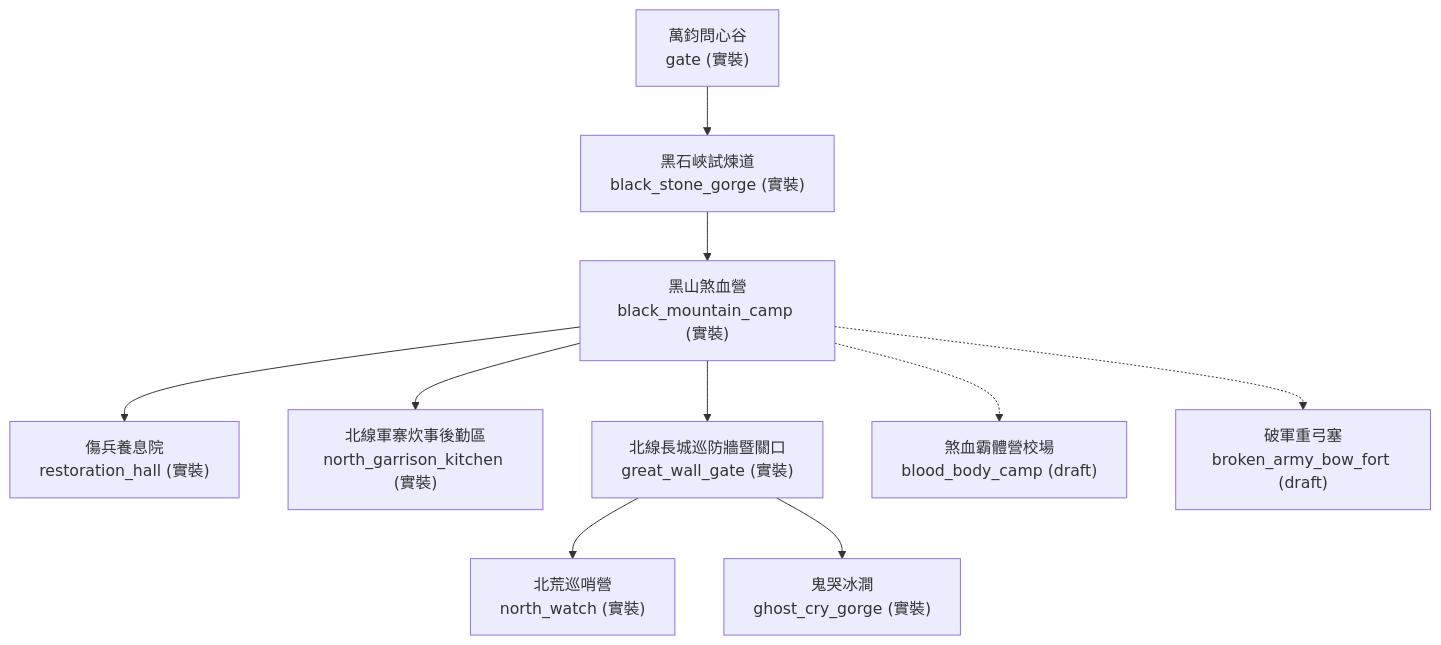
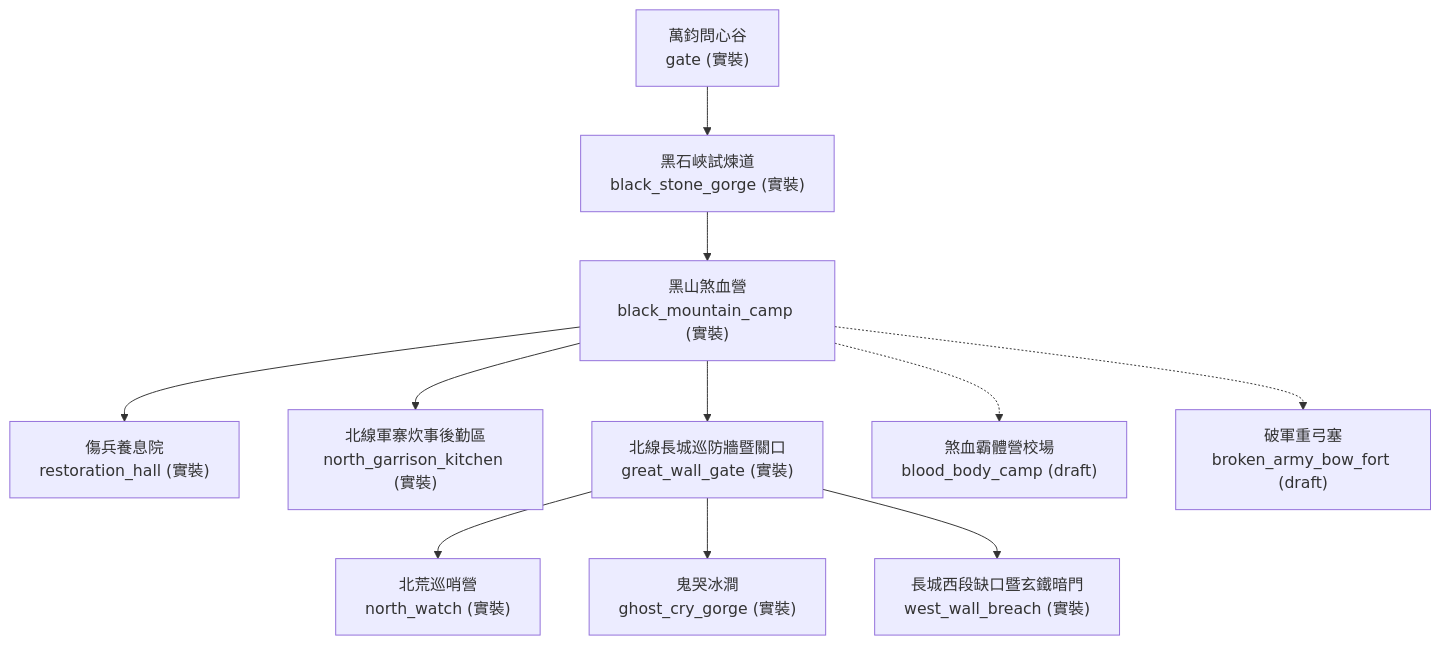
The diagram in forgotten-space/narrative/docs/maps/tier2/bahuang_map.md (wade-fs/mudscript), drawn with Mermaid before and after one commit. The commit also changed other lines of this file and 44 other files, not shown here.

````diff
--- a/forgotten-space/narrative/docs/maps/tier2/bahuang_map.md
+++ b/forgotten-space/narrative/docs/maps/tier2/bahuang_map.md
@@ -24,22 +25,23 @@
 ```mermaid
 flowchart TD
   gate["萬鈞問心谷<br/>gate (實裝)"]
   black_stone_gorge["黑石峽試煉道<br/>black_stone_gorge (實裝)"]
   black_mountain_camp["黑山煞血營<br/>black_mountain_camp (實裝)"]
   restoration_hall["傷兵養息院<br/>restoration_hall (實裝)"]
   north_garrison_kitchen["北線軍寨炊事後勤區<br/>north_garrison_kitchen (實裝)"]
   great_wall_gate["北線長城巡防牆暨關口<br/>great_wall_gate (實裝)"]
   north_watch["北荒巡哨營<br/>north_watch (實裝)"]
   ghost_cry_gorge["鬼哭冰澗<br/>ghost_cry_gorge (實裝)"]
   blood_body_camp["煞血霸體營校場<br/>blood_body_camp (draft)"]
   broken_army_bow_fort["破軍重弓塞<br/>broken_army_bow_fort (draft)"]
   gate --> black_stone_gorge
   black_stone_gorge --> black_mountain_camp
   black_mountain_camp --> restoration_hall
   black_mountain_camp --> north_garrison_kitchen
   black_mountain_camp --> great_wall_gate
   great_wall_gate --> north_watch
   great_wall_gate --> ghost_cry_gorge
+  great_wall_gate --> west_wall_breach["長城西段缺口暨玄鐵暗門<br/>west_wall_breach (實裝)"]
   black_mountain_camp -.-> blood_body_camp
   black_mountain_camp -.-> broken_army_bow_fort
 ```
````
